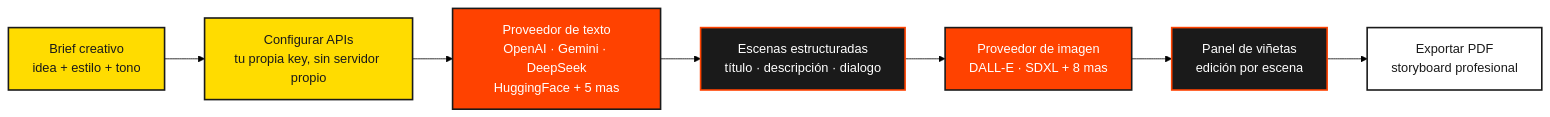
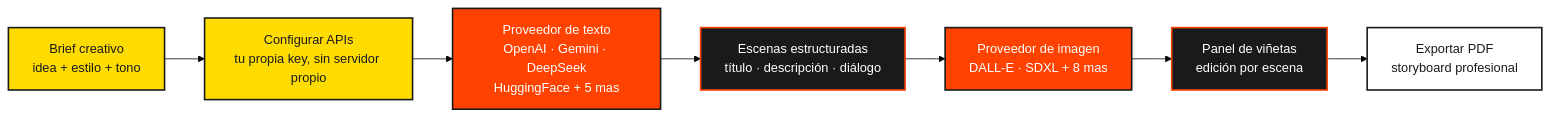
The diagram in README.md (freeanimationpower/FAP_AI_STORYBOARD_WEB), drawn with Mermaid (forest theme) before and after one commit. The commit also changed other lines of this file, not shown here.

Commit message:
Fix remaining Spanish accents (pass 2: genero, dialogo, duracion, boton, guia, etc.)

````diff
--- a/README.md
+++ b/README.md
@@ -42,17 +42,17 @@
 ```mermaid
 flowchart LR
     classDef ui fill:#ffdc00,stroke:#1a1a1a,color:#1a1a1a,stroke-width:2px;
     classDef engine fill:#ff4200,stroke:#1a1a1a,color:#ffffff,stroke-width:2px;
     classDef data fill:#1a1a1a,stroke:#ff4200,color:#ffffff,stroke-width:2px;
     classDef ext fill:#ffffff,stroke:#1a1a1a,color:#1a1a1a,stroke-width:2px;
         USER["Brief creativo<br/>idea + estilo + tono"] --> CFG["Configurar APIs<br/>tu propia key, sin servidor propio"]
         CFG --> TXT["Proveedor de texto<br/>OpenAI · Gemini · DeepSeek<br/>HuggingFace + 5 mas"]
-        TXT --> ESC["Escenas estructuradas<br/>título · descripción · dialogo"]
+        TXT --> ESC["Escenas estructuradas<br/>título · descripción · diálogo"]
         ESC --> IMG["Proveedor de imagen<br/>DALL-E · SDXL + 8 mas"]
         IMG --> PAN["Panel de viñetas<br/>edición por escena"]
         PAN --> PDF["Exportar PDF<br/>storyboard profesional"]
         class USER,CFG ui
         class TXT,IMG engine
         class ESC,PAN data
         class PDF ext
 ```
````
